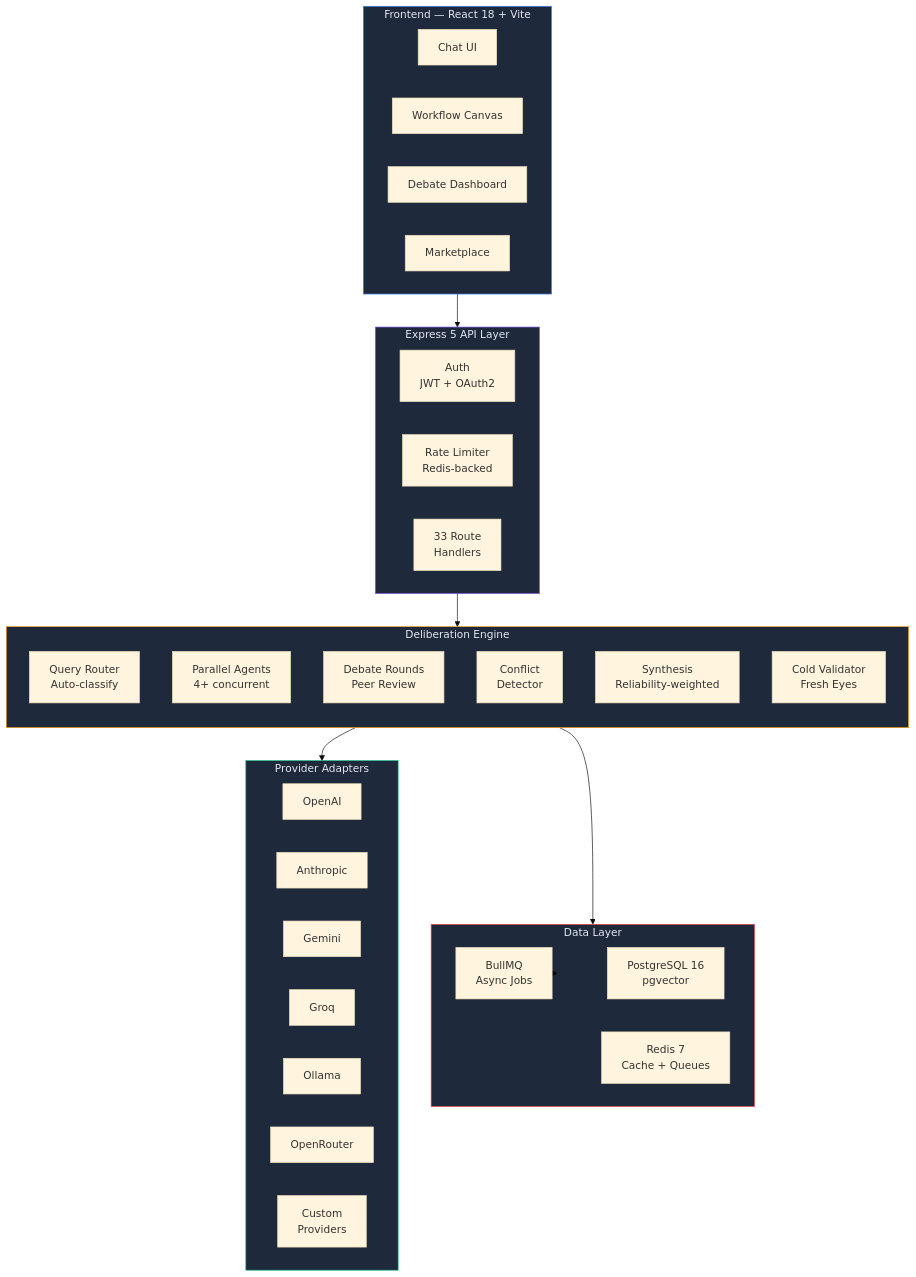
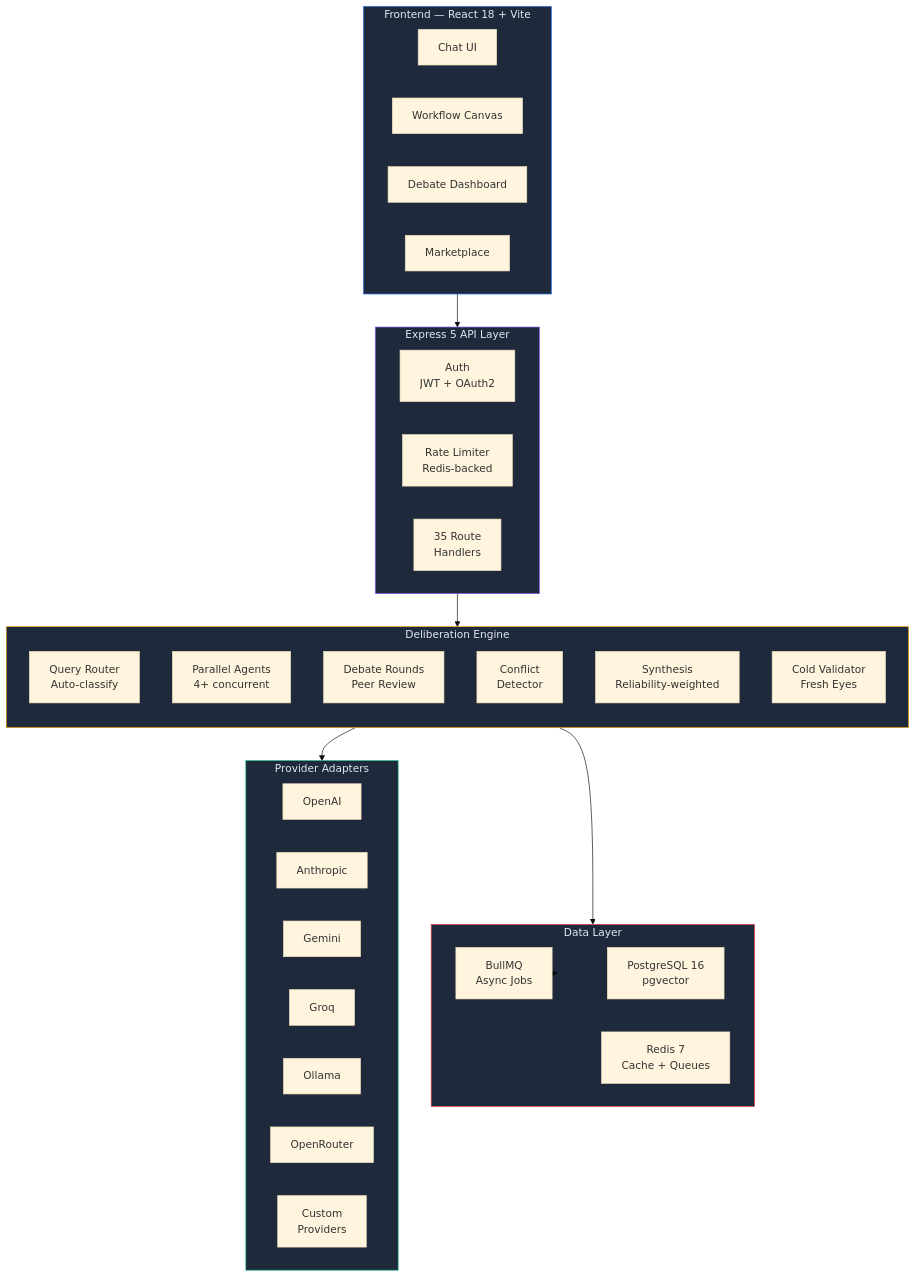
One commit to Yash-Awasthi/Judica changed the second of 3 diagrams in README.md. Above: the diagram before and after it, drawn with Mermaid (base theme). The commit also changed other lines of this file and 5 other files, not shown here.

````diff
--- a/README.md
+++ b/README.md
@@ -87,57 +87,57 @@
 ```mermaid
 flowchart TB
     subgraph CLIENT["Frontend — React 18 + Vite"]
         direction LR
         UI["Chat UI"]
         WF["Workflow Canvas"]
         DB_UI["Debate Dashboard"]
         MK["Marketplace"]
     end
 
     subgraph API["Express 5 API Layer"]
         direction LR
         AUTH["Auth\nJWT + OAuth2"]
         RATE["Rate Limiter\nRedis-backed"]
-        ROUTES["33 Route\nHandlers"]
+        ROUTES["35 Route\nHandlers"]
     end
 
     subgraph ENGINE["Deliberation Engine"]
         direction TB
         ROUTER["Query Router\nAuto-classify"]
         PARALLEL["Parallel Agents\n4+ concurrent"]
         DEBATE["Debate Rounds\nPeer Review"]
         CONFLICT["Conflict\nDetector"]
         SYNTH["Synthesis\nReliability-weighted"]
         COLD["Cold Validator\nFresh Eyes"]
     end
 
     subgraph PROVIDERS["Provider Adapters"]
         direction LR
         OAI["OpenAI"]
         ANT["Anthropic"]
         GEM["Gemini"]
         GRQ["Groq"]
         OLL["Ollama"]
         OR["OpenRouter"]
         CUSTOM["Custom\nProviders"]
     end
 
     subgraph DATA["Data Layer"]
         direction LR
         PG["PostgreSQL 16\npgvector"]
         RD["Redis 7\nCache + Queues"]
         BQ["BullMQ\nAsync Jobs"]
     end
 
     CLIENT --> API
     API --> ENGINE
     ENGINE --> PROVIDERS
     ENGINE --> DATA
     BQ --> DATA
 
     style CLIENT fill:#1e293b,stroke:#3b82f6,color:#e2e8f0
     style API fill:#1e293b,stroke:#8b5cf6,color:#e2e8f0
     style ENGINE fill:#1e293b,stroke:#f59e0b,color:#e2e8f0
     style PROVIDERS fill:#1e293b,stroke:#10b981,color:#e2e8f0
     style DATA fill:#1e293b,stroke:#ef4444,color:#e2e8f0
 ```
````
